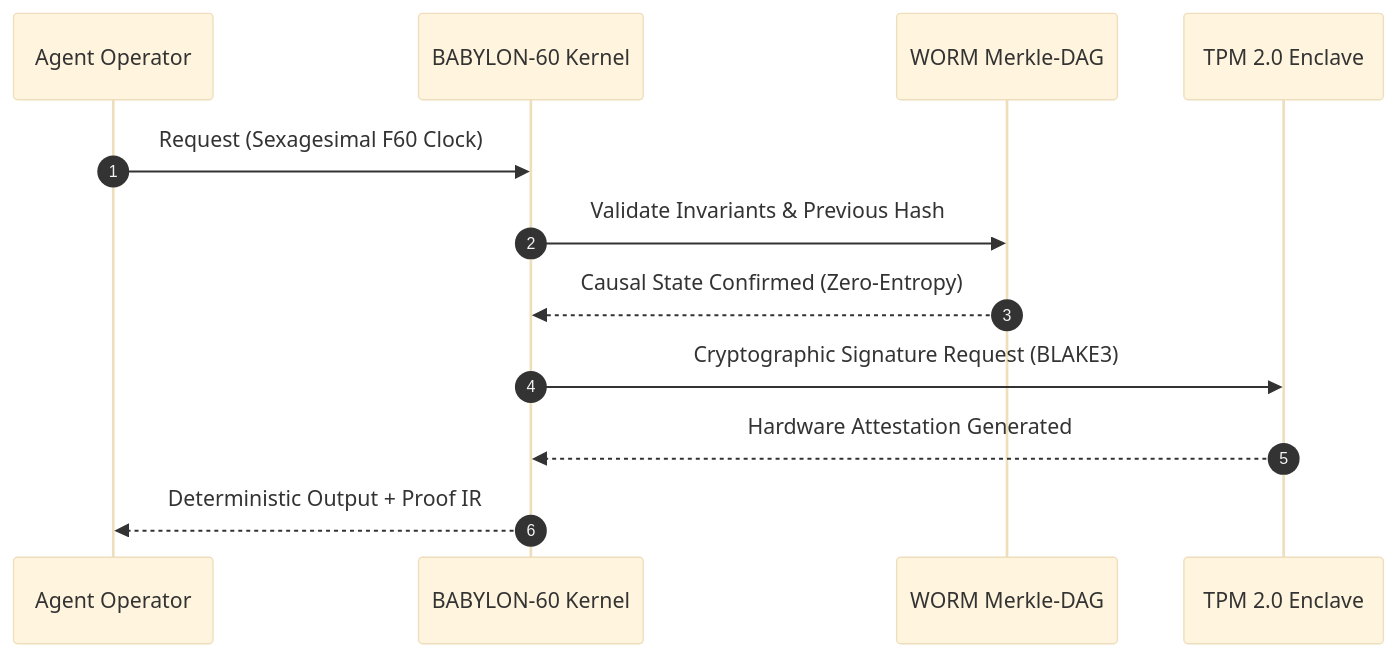
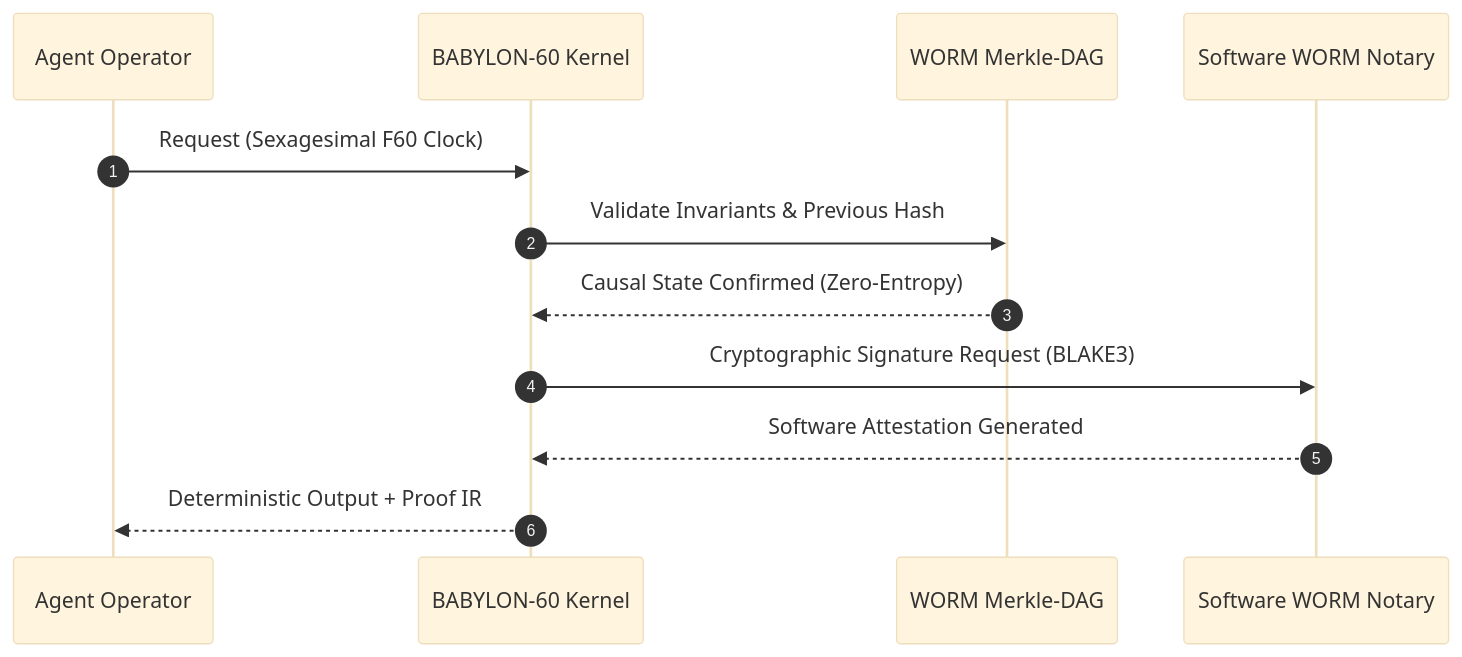
Before and after one commit to borjamoskv/BABYLON-60: the first of 2 diagrams in docs/audits/certificates/COMPLIANCE_CERTIFICATE_EN.md, drawn with Mermaid (base theme). The commit also changed other lines of this file and 7 other files, not shown here.

Commit message:
[AX-4] EPISTEMOLOGY: Sincronización topológica — Purga de afirmaciones TPM 2.0 en diagramas, certificados internacionales y whitepapers, alineando todo el ecosistema al WORM de software real

````diff
--- a/docs/audits/certificates/COMPLIANCE_CERTIFICATE_EN.md
+++ b/docs/audits/certificates/COMPLIANCE_CERTIFICATE_EN.md
@@ -34,15 +34,15 @@
 ```mermaid
 sequenceDiagram
     autonumber
     participant OP as Agent Operator
     participant B60 as BABYLON-60 Kernel
     participant DAG as WORM Merkle-DAG
-    participant TPM as TPM 2.0 Enclave
+    participant TPM as Software WORM Notary
     
     OP->>B60: Request (Sexagesimal F60 Clock)
     B60->>DAG: Validate Invariants & Previous Hash
     DAG-->>B60: Causal State Confirmed (Zero-Entropy)
     B60->>TPM: Cryptographic Signature Request (BLAKE3)
-    TPM-->>B60: Hardware Attestation Generated
+    TPM-->>B60: Software Attestation Generated
     B60-->>OP: Deterministic Output + Proof IR
 ```
````
